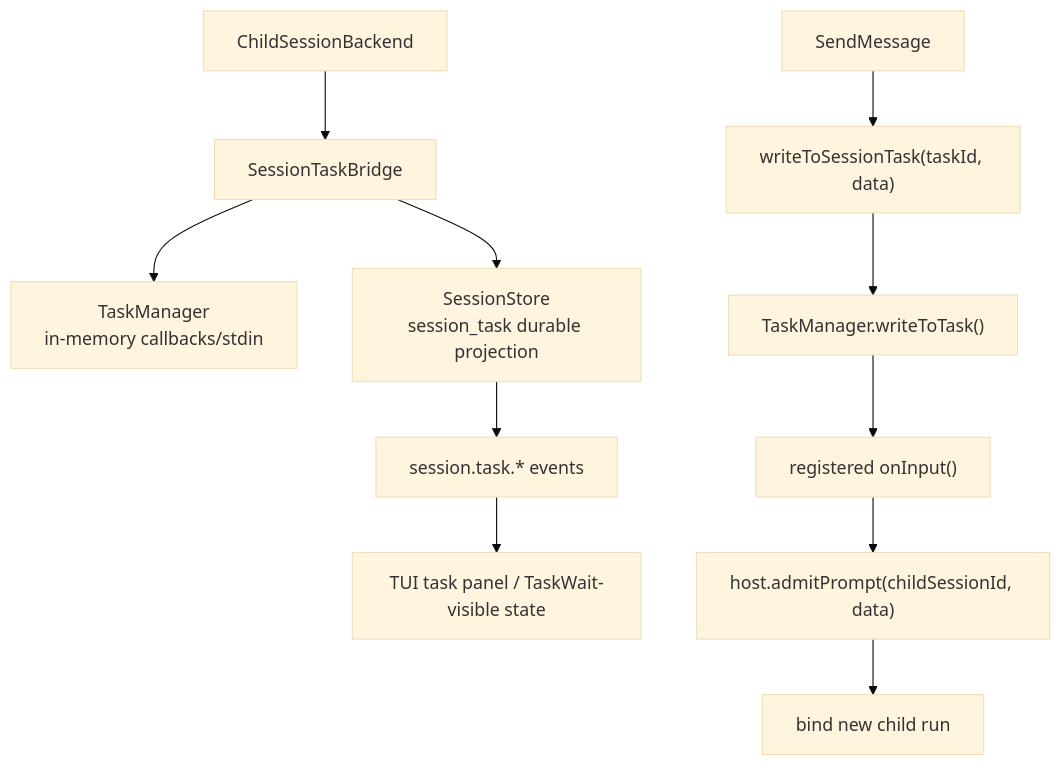
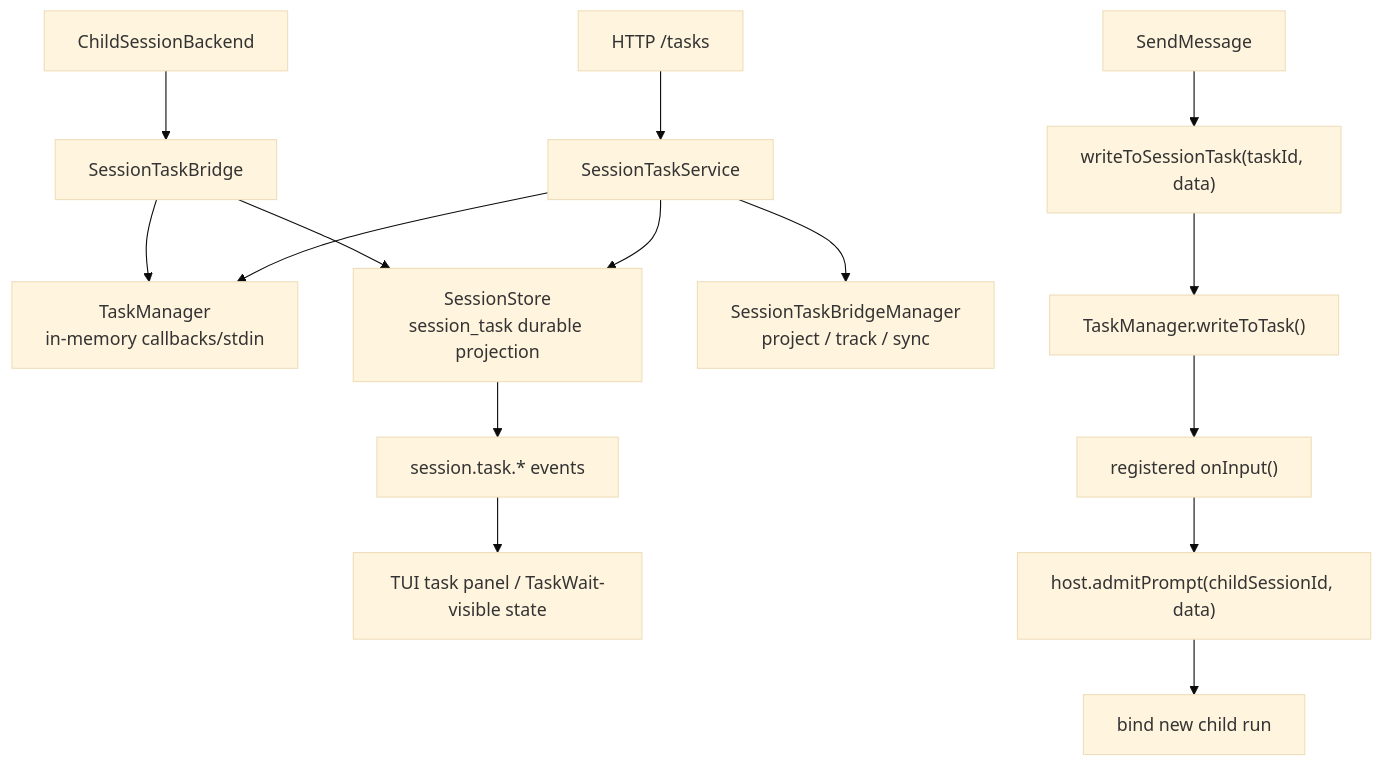
One commit to rzx007/openharness-ts changed diagram 11 of 16 in docs/daemon-runtime-flow-map.md. Above: the diagram before and after it, drawn with Mermaid (base theme). The commit also changed other lines of this file and 4 other files, not shown here.

Commit message:
docs: map daemon runtime flow

````diff
--- a/docs/daemon-runtime-flow-map.md
+++ b/docs/daemon-runtime-flow-map.md
@@ -357,14 +456,19 @@
 ```mermaid
 flowchart TD
+  http["HTTP /tasks"] --> taskService["SessionTaskService"]
+  taskService --> manager
+  taskService --> store
+  taskService --> bridgeManager["SessionTaskBridgeManager<br/>project / track / sync"]
+
   childBackend["ChildSessionBackend"] --> bridge["SessionTaskBridge"]
   bridge --> manager["TaskManager<br/>in-memory callbacks/stdin"]
   bridge --> store["SessionStore<br/>session_task durable projection"]
   store --> sse["session.task.* events"]
   sse --> client["TUI task panel / TaskWait-visible state"]
 
   send["SendMessage"] --> write["writeToSessionTask(taskId, data)"]
   write --> managerInput["TaskManager.writeToTask()"]
   managerInput --> onInput["registered onInput()"]
   onInput --> admit["host.admitPrompt(childSessionId, data)"]
   admit --> bind["bind new child run"]
 ```
````
